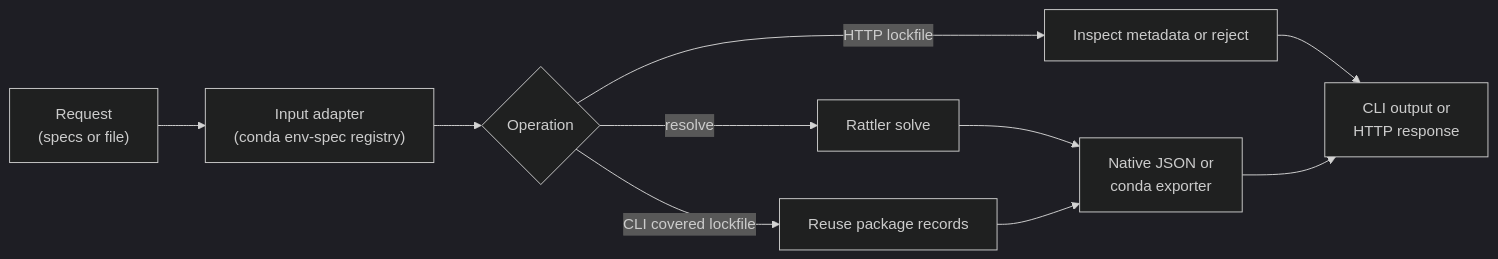
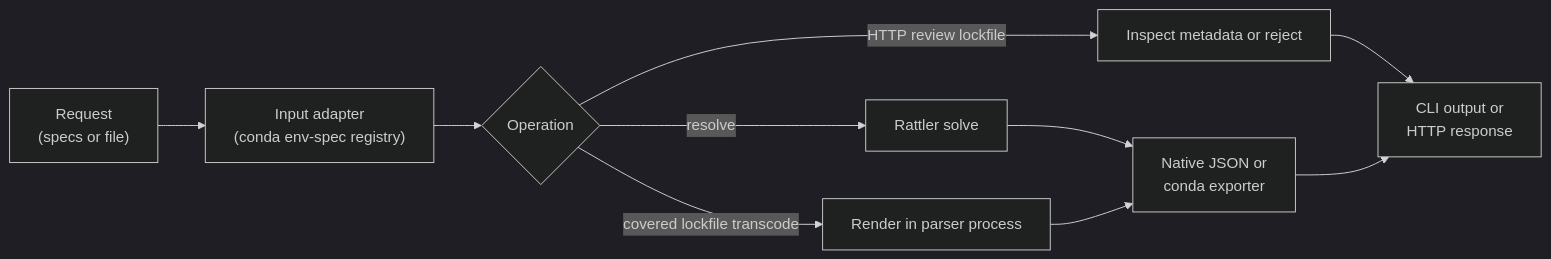
Before and after one commit to jezdez/conda-presto: the first of 2 diagrams in docs/explanation/architecture.md, drawn with Mermaid (dark theme). The commit also changed other lines of this file and 14 other files, not shown here.

Commit message:
Restore HTTP lockfile transcoding

````diff
--- a/docs/explanation/architecture.md
+++ b/docs/explanation/architecture.md
@@ -14,12 +14,12 @@
 ```{mermaid}
 flowchart LR
     A["Request\n(specs or file)"] --> B["Input adapter\n(conda env-spec registry)"]
     B --> C{"Operation"}
     C -->|"resolve"| D["Rattler solve"]
-    C -->|"CLI covered lockfile"| E["Reuse package records"]
-    C -->|"HTTP lockfile"| H["Inspect metadata or reject"]
+    C -->|"covered lockfile transcode"| E["Render in parser process"]
+    C -->|"HTTP review lockfile"| H["Inspect metadata or reject"]
     D --> F["Native JSON or\nconda exporter"]
     E --> F
     H --> G
     F --> G["CLI output or\nHTTP response"]
 ```
````
